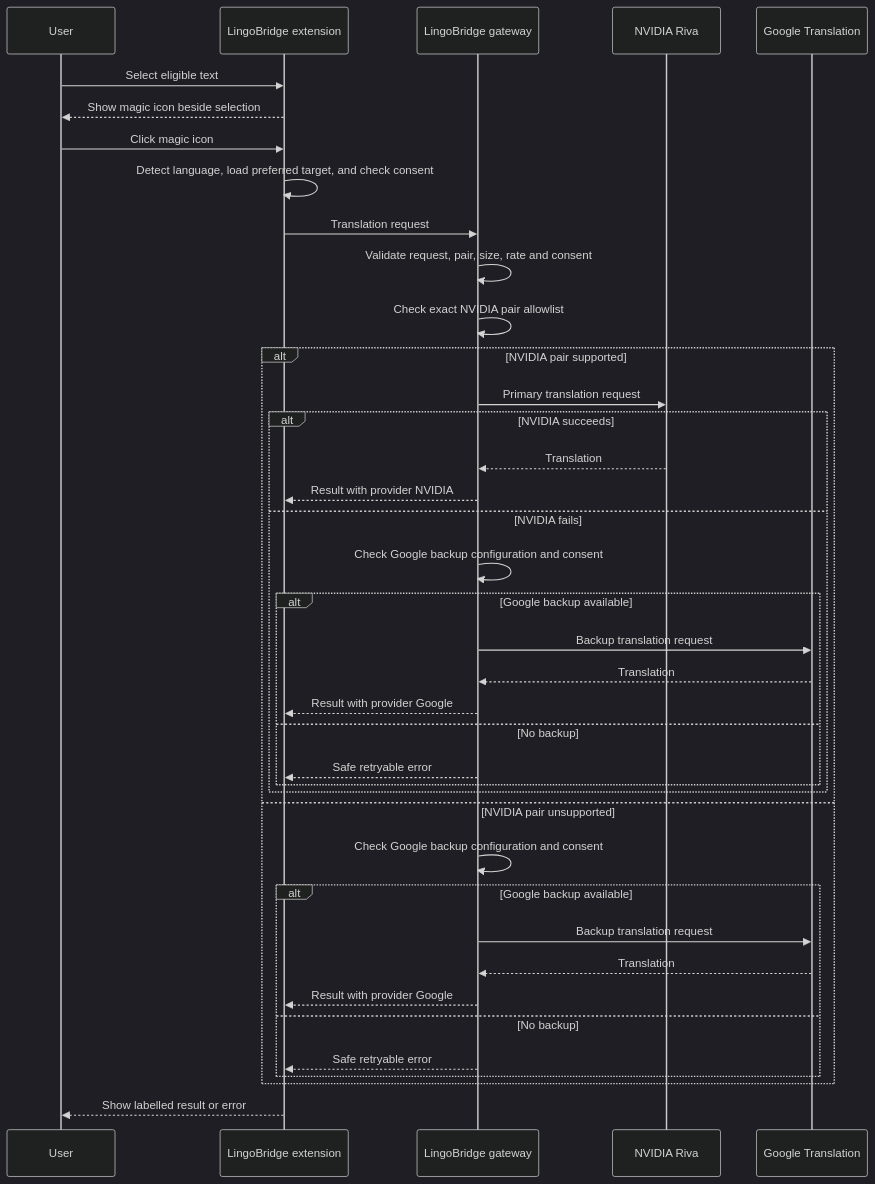
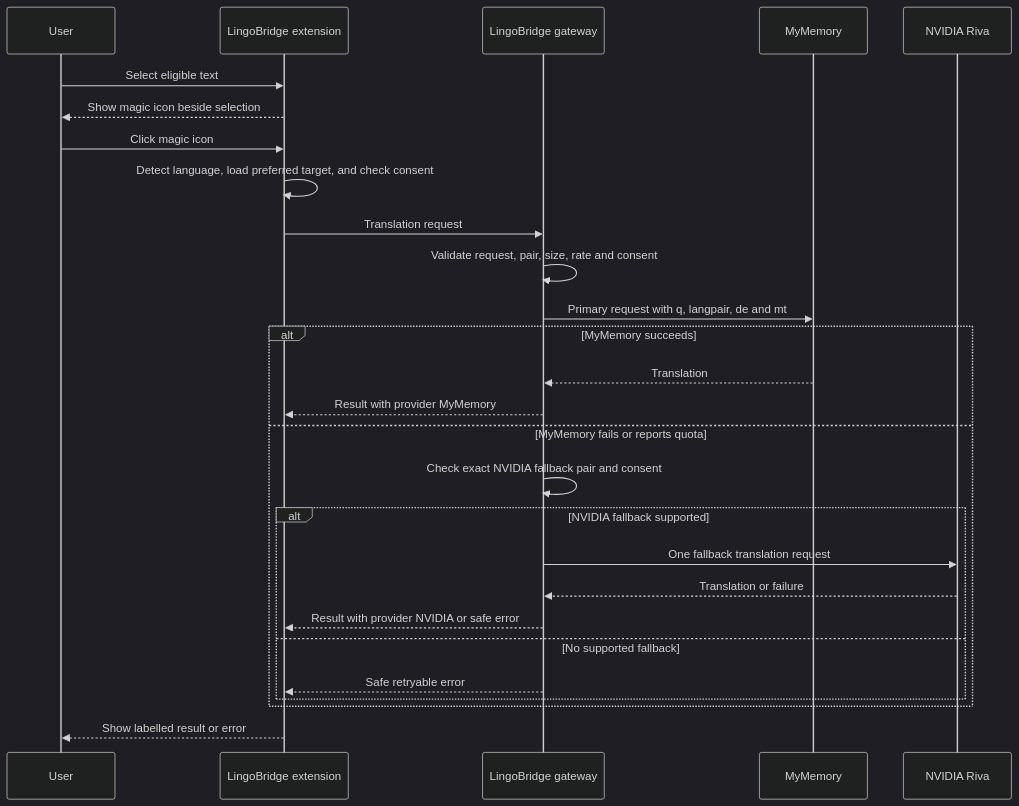
Before and after one commit to budhathoki10/LingoBridge: the fifth of 10 diagrams in docs/12-user-and-system-flows.md, drawn with Mermaid (dark theme). The commit also changed other lines of this file and 61 other files, not shown here.

Commit message:
feat: add MyMemory translation fallback flow

````diff
--- a/docs/12-user-and-system-flows.md
+++ b/docs/12-user-and-system-flows.md
@@ -125,42 +120,30 @@
 ```mermaid
 sequenceDiagram
     participant U as User
     participant E as LingoBridge extension
     participant G as LingoBridge gateway
+    participant M as MyMemory
     participant N as NVIDIA Riva
-    participant T as Google Translation
 
     U->>E: Select eligible text
     E-->>U: Show magic icon beside selection
     U->>E: Click magic icon
     E->>E: Detect language, load preferred target, and check consent
     E->>G: Translation request
     G->>G: Validate request, pair, size, rate and consent
-    G->>G: Check exact NVIDIA pair allowlist
-    alt NVIDIA pair supported
-        G->>N: Primary translation request
-        alt NVIDIA succeeds
-            N-->>G: Translation
-            G-->>E: Result with provider NVIDIA
-        else NVIDIA fails
-            G->>G: Check Google backup configuration and consent
-            alt Google backup available
-                G->>T: Backup translation request
-                T-->>G: Translation
-                G-->>E: Result with provider Google
-            else No backup
-                G-->>E: Safe retryable error
-            end
-        end
-    else NVIDIA pair unsupported
-        G->>G: Check Google backup configuration and consent
-        alt Google backup available
-            G->>T: Backup translation request
-            T-->>G: Translation
-            G-->>E: Result with provider Google
-        else No backup
+    G->>M: Primary request with q, langpair, de and mt
+    alt MyMemory succeeds
+        M-->>G: Translation
+        G-->>E: Result with provider MyMemory
+    else MyMemory fails or reports quota
+        G->>G: Check exact NVIDIA fallback pair and consent
+        alt NVIDIA fallback supported
+            G->>N: One fallback translation request
+            N-->>G: Translation or failure
+            G-->>E: Result with provider NVIDIA or safe error
+        else No supported fallback
             G-->>E: Safe retryable error
         end
     end
     E-->>U: Show labelled result or error
 ```
````
